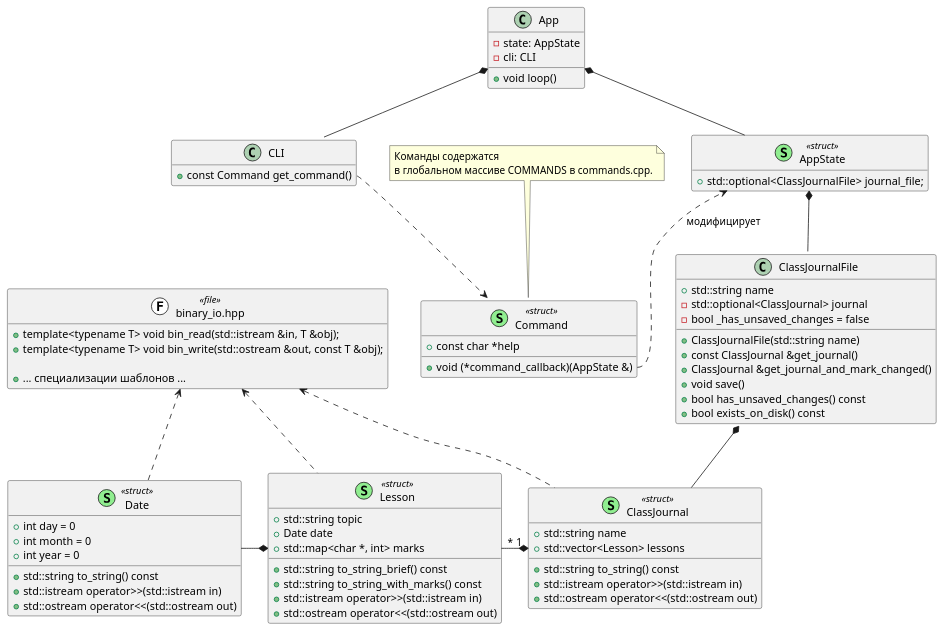
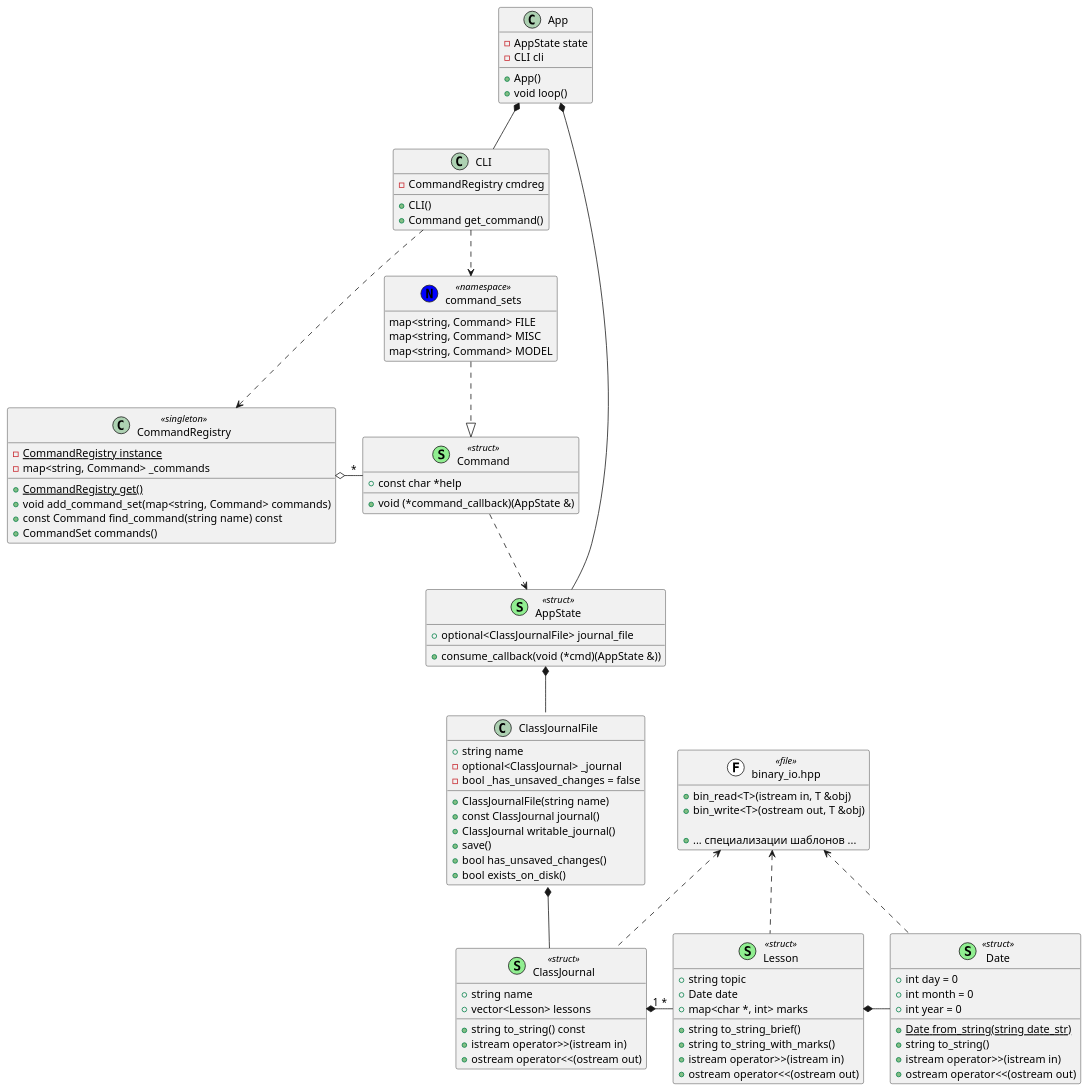
One commit to pivandco/university changed the diagram in IOOverride/9/classes.puml. Above: the diagram before and after it, drawn with PlantUML. The commit also changed 21 other files, not shown here.

```diff
--- a/IOOverride/9/classes.puml
+++ b/IOOverride/9/classes.puml
@@ -1,97 +1,129 @@
 @startuml IO_Override_9
 
 hide empty members
 remove FileIsEmptyException
 set namespaceSeparator none
 
+' class main.cpp <<(F,white) file>> {
+'     App app
+'     int main()
+' }
+' main.cpp::app *-- App
+' main.cpp::main ..> CommandRegistry
+' main.cpp::main ..> command_sets
+
 class App {
-    - state: AppState
-    - cli: CLI
+    - AppState state
+    - CLI cli
 
+    + App()
     + void loop()
 }
 App *-- CLI
 App *-- AppState
 
+class CLI {
+    + CLI()
+    + Command get_command()
+
+    - CommandRegistry cmdreg
+}
+CLI ..> CommandRegistry
+CLI ..> command_sets
+
+class AppState <<(S,lightgreen) struct>> {
+    + optional<ClassJournalFile> journal_file
+    + consume_callback(void (*cmd)(AppState &))
+}
+AppState *-- ClassJournalFile
+
 together {
-    class CLI {
-        + const Command get_command()
+    class Command <<(S,lightgreen) struct>> {
+        + const char *help
+        + void (*command_callback)(AppState &)
     }
-    ' App ..> Command : получает
-    CLI::get_command ..> Command
+    Command ..> AppState
 
-    class AppState <<(S,lightgreen) struct>> {
-        + std::optional<ClassJournalFile> journal_file;
+    class CommandRegistry <<singleton>> {
+        - {static} CommandRegistry instance
+        - map<string, Command> _commands
+
+        + {static} CommandRegistry get()
+        + void add_command_set(map<string, Command> commands)
+        + const Command find_command(string name) const
+        + CommandSet commands()
     }
-    AppState *-- ClassJournalFile
+    CommandRegistry o- "*" Command
+
+    class command_sets<<(N,blue) namespace>> {
+        map<string, Command> FILE
+        map<string, Command> MISC
+        map<string, Command> MODEL
+    }
+    command_sets ..|> Command
 }
-
-class Command <<(S,lightgreen) struct>> {
-    + const char *help
-    + void (*command_callback)(AppState &)
-}
-note top : Команды содержатся\nв глобальном массиве COMMANDS в commands.cpp.
-Command::command_callback ..> AppState : модифицирует
+' note top : Команды содержатся\nв глобальном массиве COMMANDS в commands.cpp.
 
 together {
     class ClassJournalFile {
-        + std::string name
-        - std::optional<ClassJournal> journal
+        + string name
+        - optional<ClassJournal> _journal
         - bool _has_unsaved_changes = false
 
-        + ClassJournalFile(std::string name)
-        + const ClassJournal &get_journal()
-        + ClassJournal &get_journal_and_mark_changed()
-        + void save()
-        + bool has_unsaved_changes() const
-        + bool exists_on_disk() const
+        + ClassJournalFile(string name)
+        + const ClassJournal journal()
+        + ClassJournal writable_journal()
+        + save()
+        + bool has_unsaved_changes()
+        + bool exists_on_disk()
     }
     ClassJournalFile *-- ClassJournal
 
     class ClassJournal <<(S,lightgreen) struct>> {
-        + std::string name
-        + std::vector<Lesson> lessons
+        + string name
+        + vector<Lesson> lessons
 
-        + std::string to_string() const
-        + std::istream operator>>(std::istream in)
-        + std::ostream operator<<(std::ostream out)
+        + string to_string() const
+        + istream operator>>(istream in)
+        + ostream operator<<(ostream out)
     }
     ClassJournal "1" *- "*" Lesson
 }
 
 class FileIsEmptyException <<(E,red) exception>>
 FileIsEmptyException <. ClassJournalFile::load
 
 class Lesson <<(S,lightgreen) struct>> {
-    + std::string topic
+    + string topic
     + Date date
-    + std::map<char *, int> marks
+    + map<char *, int> marks
 
-    + std::string to_string_brief() const
-    + std::string to_string_with_marks() const
-    + std::istream operator>>(std::istream in)
-    + std::ostream operator<<(std::ostream out)
+    + string to_string_brief()
+    + string to_string_with_marks()
+    + istream operator>>(istream in)
+    + ostream operator<<(ostream out)
 }
 Lesson *- Date
 
 class Date <<(S,lightgreen) struct>> {
     + int day = 0
     + int month = 0
     + int year = 0
 
-    + std::string to_string() const
-    + std::istream operator>>(std::istream in)
-    + std::ostream operator<<(std::ostream out)
+    + {static} Date from_string(string date_str)
+    + string to_string()
+    + istream operator>>(istream in)
+    + ostream operator<<(ostream out)
 }
 
 class binary_io.hpp <<(F,white) file>> {
-    + template<typename T> void bin_read(std::istream &in, T &obj);
-    + template<typename T> void bin_write(std::ostream &out, const T &obj);
+    + bin_read<T>(istream in, T &obj)
+    + bin_write<T>(ostream out, T &obj)
 
     + {method} ... специализации шаблонов ...
 }
 binary_io.hpp <.. ClassJournal
 binary_io.hpp <.. Lesson
 binary_io.hpp <.. Date
 
 @enduml
```
